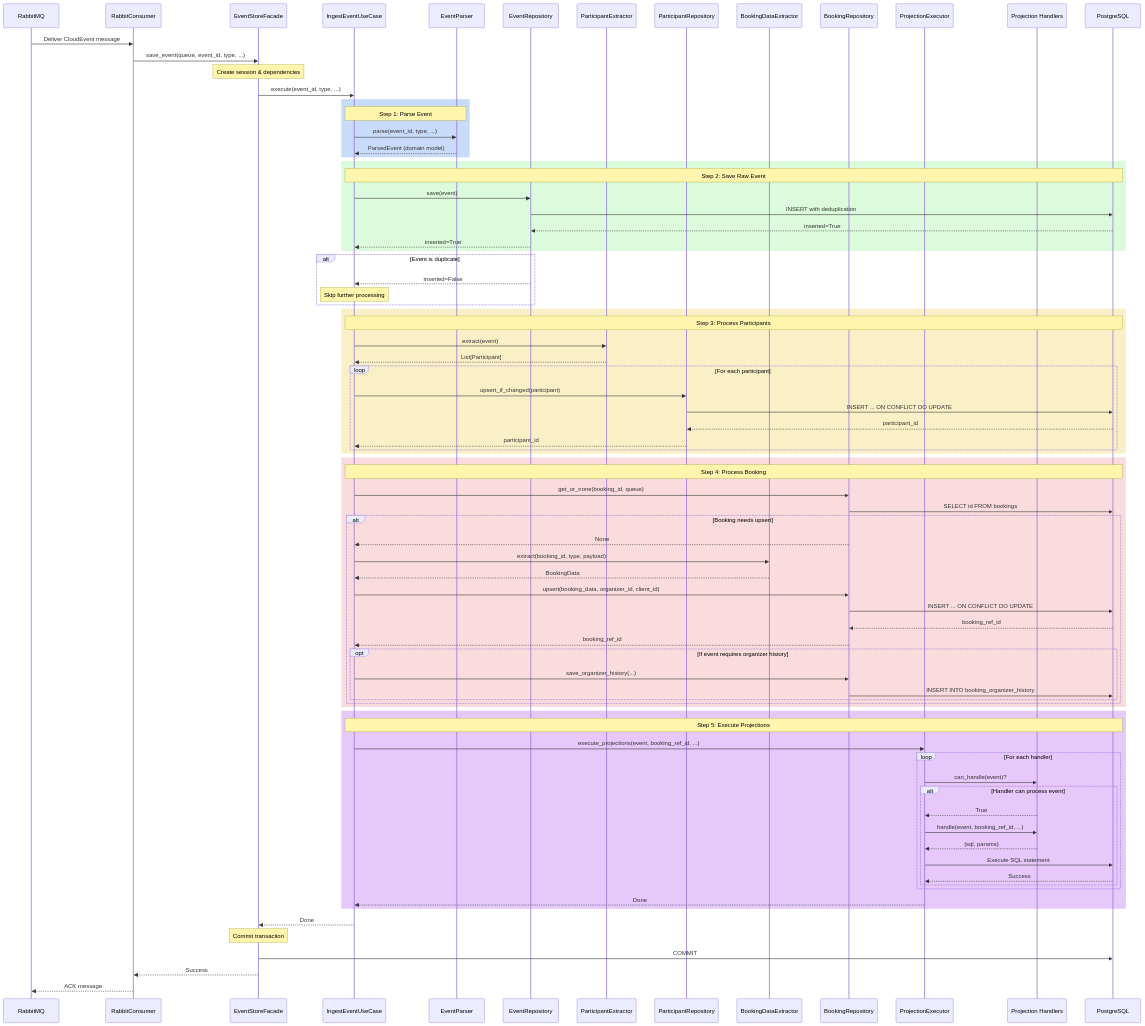
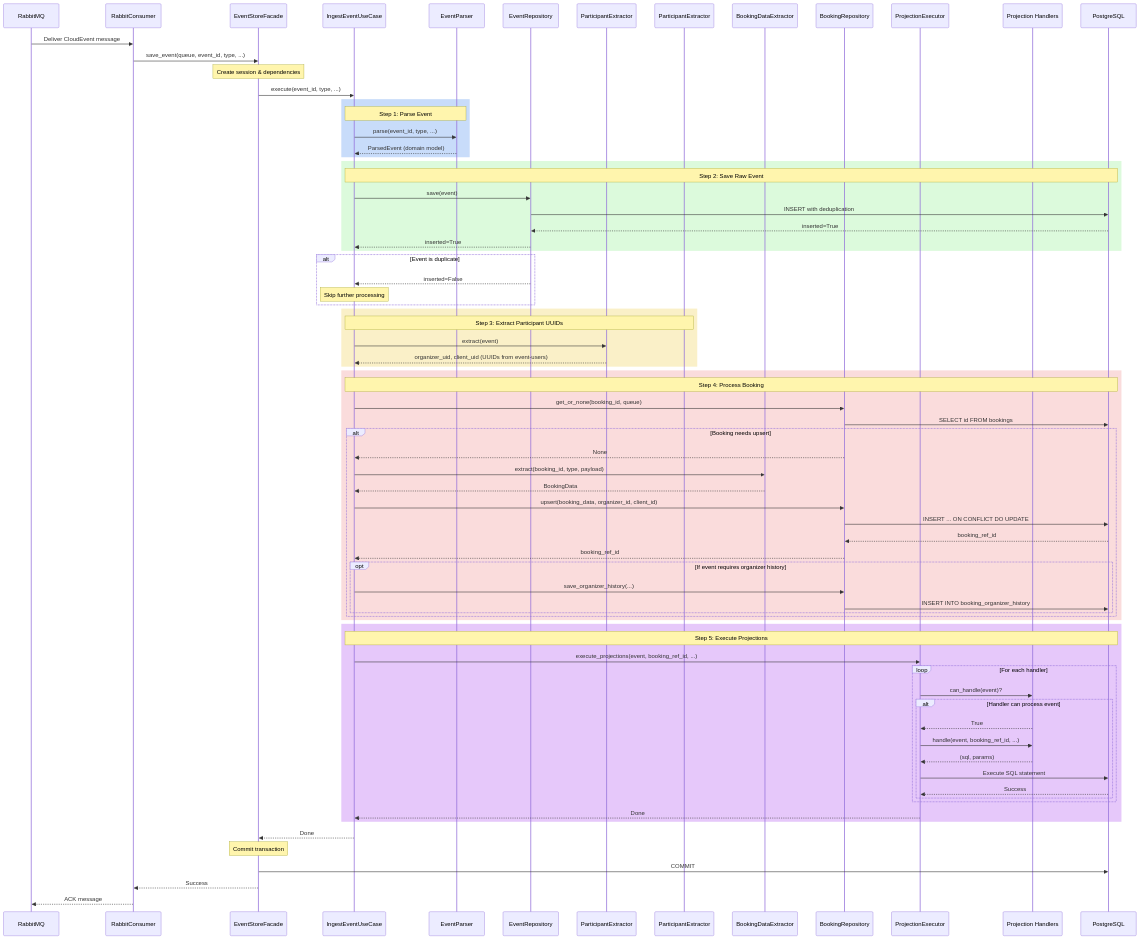
The fourth of 7 diagrams in docs/architecture/C4_DIAGRAMS.md (Lelikov/event-saver), drawn with Mermaid before and after one commit. The commit also changed other lines of this file and 61 other files, not shown here.

```diff
--- a/docs/architecture/C4_DIAGRAMS.md
+++ b/docs/architecture/C4_DIAGRAMS.md
@@ -168,7 +170,7 @@
     participant Parser as EventParser
     participant EventRepo as EventRepository
     participant PartExtractor as ParticipantExtractor
-    participant PartRepo as ParticipantRepository
+    participant PartRepo as ParticipantExtractor
     participant BookExtractor as BookingDataExtractor
     participant BookRepo as BookingRepository
     participant ProjExec as ProjectionExecutor
@@ -201,16 +203,9 @@
     end
 
     rect rgb(250, 240, 200)
-        Note over UseCase,DB: Step 3: Process Participants
+        Note over UseCase,PartRepo: Step 3: Extract Participant UUIDs
         UseCase->>PartExtractor: extract(event)
-        PartExtractor-->>UseCase: List[Participant]
-
-        loop For each participant
-            UseCase->>PartRepo: upsert_if_changed(participant)
-            PartRepo->>DB: INSERT ... ON CONFLICT DO UPDATE
-            DB-->>PartRepo: participant_id
-            PartRepo-->>UseCase: participant_id
-        end
+        PartExtractor-->>UseCase: organizer_uid, client_uid (UUIDs from event-users)
     end
 
     rect rgb(250, 220, 220)
```
